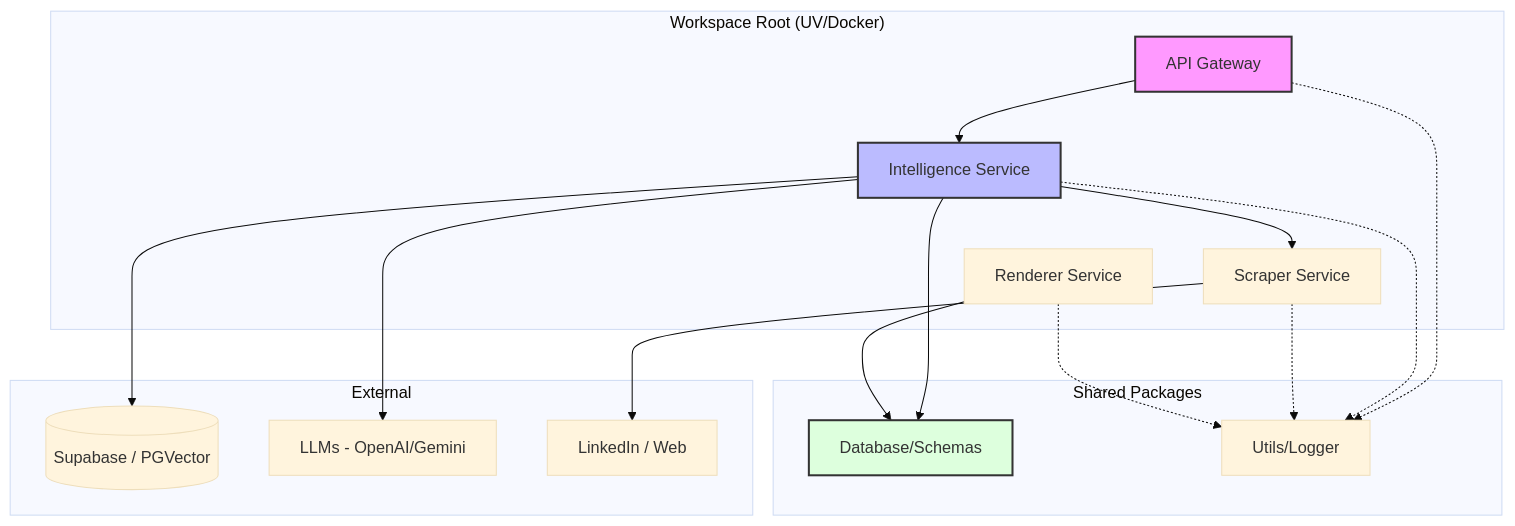
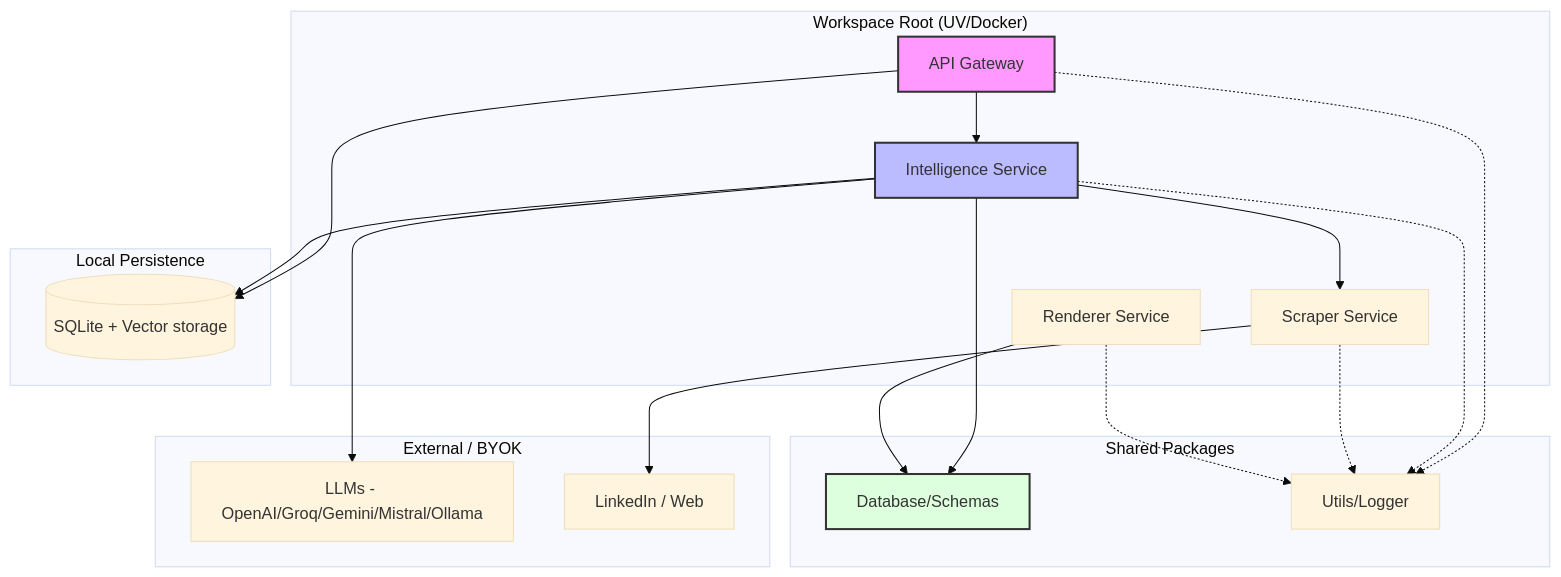
One commit to RashOps/Mindris-AI changed the diagram in docs/architecture.md. Above: the diagram before and after it, drawn with Mermaid (base theme). The commit also changed other lines of this file and 8 other files, not shown here.

````diff
--- a/docs/architecture.md
+++ b/docs/architecture.md
@@ -31,34 +32,38 @@
 ```mermaid
 graph TD
     subgraph "Workspace Root (UV/Docker)"
         A[API Gateway]
         B[Intelligence Service]
         C[Scraper Service]
         D[Renderer Service]
     end
 
     subgraph "Shared Packages"
         E[Database/Schemas]
         F[Utils/Logger]
     end
 
-    subgraph "External"
-        G[(Supabase / PGVector)]
-        H[LLMs - OpenAI/Gemini]
+    subgraph "Local Persistence"
+        G[(SQLite + Vector storage)]
+    end
+
+    subgraph "External / BYOK"
+        H[LLMs - OpenAI/Groq/Gemini/Mistral/Ollama]
         I[LinkedIn / Web]
     end
 
     %% Relations
     A --> B
     B --> C
     B --> E
     C --> I
+    A --> G
     B --> G
     B --> H
     D --> E
     A & B & C & D -.-> F
 
     style A fill:#f9f,stroke:#333,stroke-width:2px
     style B fill:#bbf,stroke:#333,stroke-width:2px
     style E fill:#dfd,stroke:#333,stroke-width:2px
 ```
````
